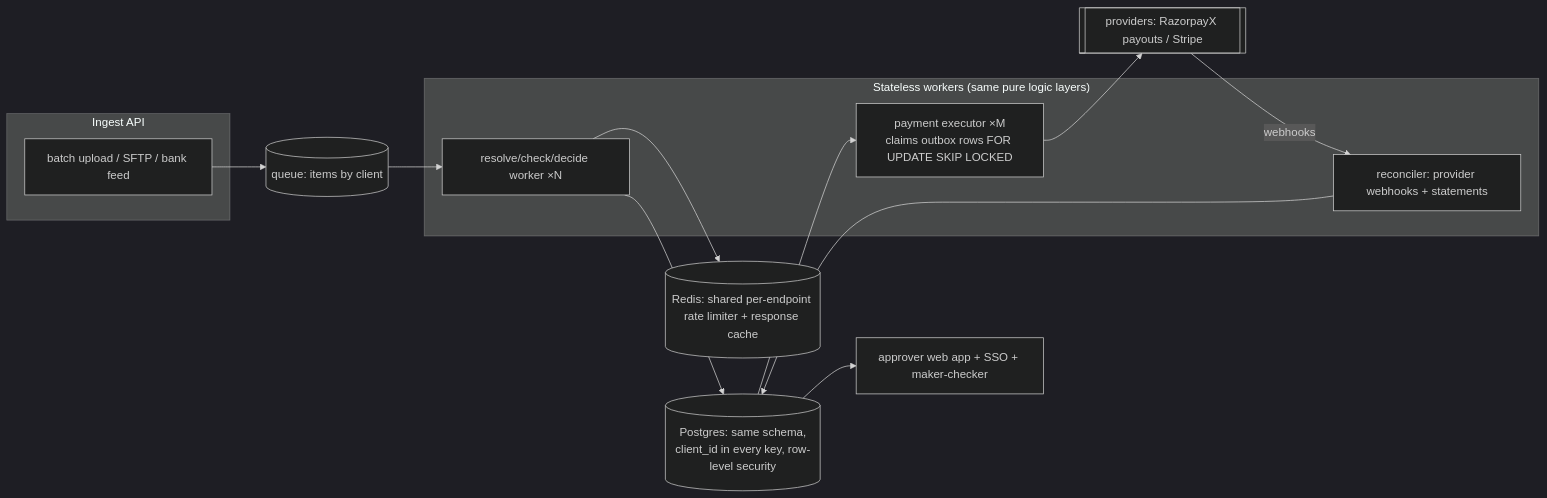
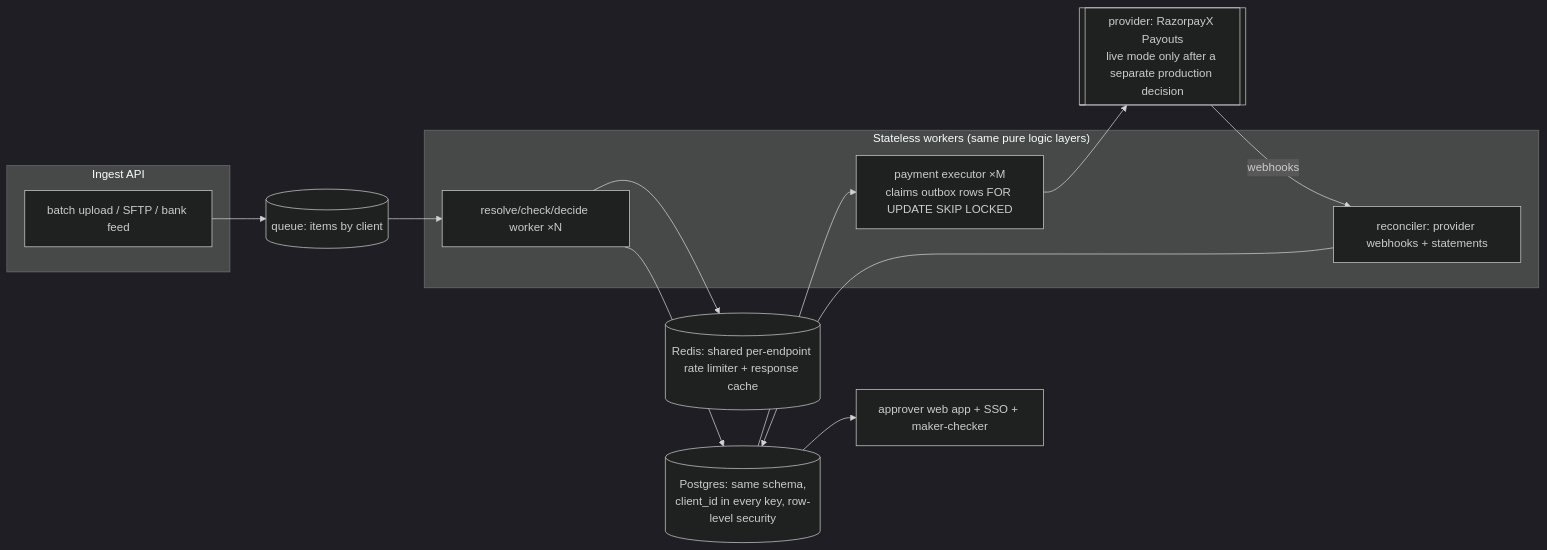
Before and after one commit to cypher-daemon/ContextCon_Hackathon: the ninth of 9 diagrams in docs/ARCHITECTURE.md, drawn with Mermaid (dark theme). The commit also changed other lines of this file and 10 other files, not shown here.

First line of the commit message:
docs: plan v4.2 - RazorpayX test-mode payouts, payment state semantics

````diff
--- a/docs/ARCHITECTURE.md
+++ b/docs/ARCHITECTURE.md
@@ -398,17 +409,17 @@
 ```mermaid
 flowchart LR
   subgraph INGEST["Ingest API"]
     API[batch upload / SFTP / bank feed]
   end
   API --> Q[(queue: items by client)]
   subgraph WORKERS["Stateless workers (same pure logic layers)"]
     W1[resolve/check/decide worker ×N]
     W2[payment executor ×M<br/>claims outbox rows FOR UPDATE SKIP LOCKED]
     W3[reconciler: provider webhooks + statements]
   end
   Q --> W1 --> PG[(Postgres: same schema,<br/>client_id in every key, row-level security)]
-  PG --> W2 --> PROV[[providers: RazorpayX payouts / Stripe]]
+  PG --> W2 --> PROV[[provider: RazorpayX Payouts<br/>live mode only after a separate production decision]]
   PROV -- webhooks --> W3 --> PG
   W1 --> RL[(Redis: shared per-endpoint rate limiter + response cache)]
   PG --> UI[approver web app + SSO + maker-checker]
 ```
````
